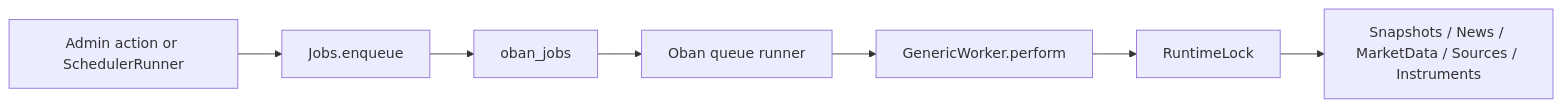
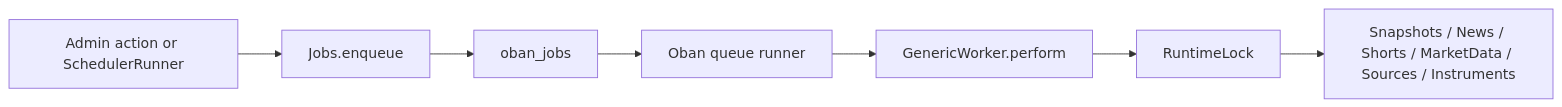
One commit to sahnsookyung/stonks-radar changed the fifth of 7 diagrams in docs/architecture.md. Above: the diagram before and after it, drawn with Mermaid. The commit also changed other lines of this file and 44 other files, not shown here.

````diff
--- a/docs/architecture.md
+++ b/docs/architecture.md
@@ -246,17 +246,17 @@
 ```mermaid
 flowchart LR
   Trigger["Admin action or SchedulerRunner"]
   Jobs["Jobs.enqueue"]
   ObanTable["oban_jobs"]
   Runner["Oban queue runner"]
   Worker["GenericWorker.perform"]
   Lock["RuntimeLock"]
-  Domain["Snapshots / News / MarketData / Sources / Instruments"]
+  Domain["Snapshots / News / Shorts / MarketData / Sources / Instruments"]
 
   Trigger --> Jobs
   Jobs --> ObanTable
   ObanTable --> Runner
   Runner --> Worker
   Worker --> Lock
   Lock --> Domain
 ```
````
